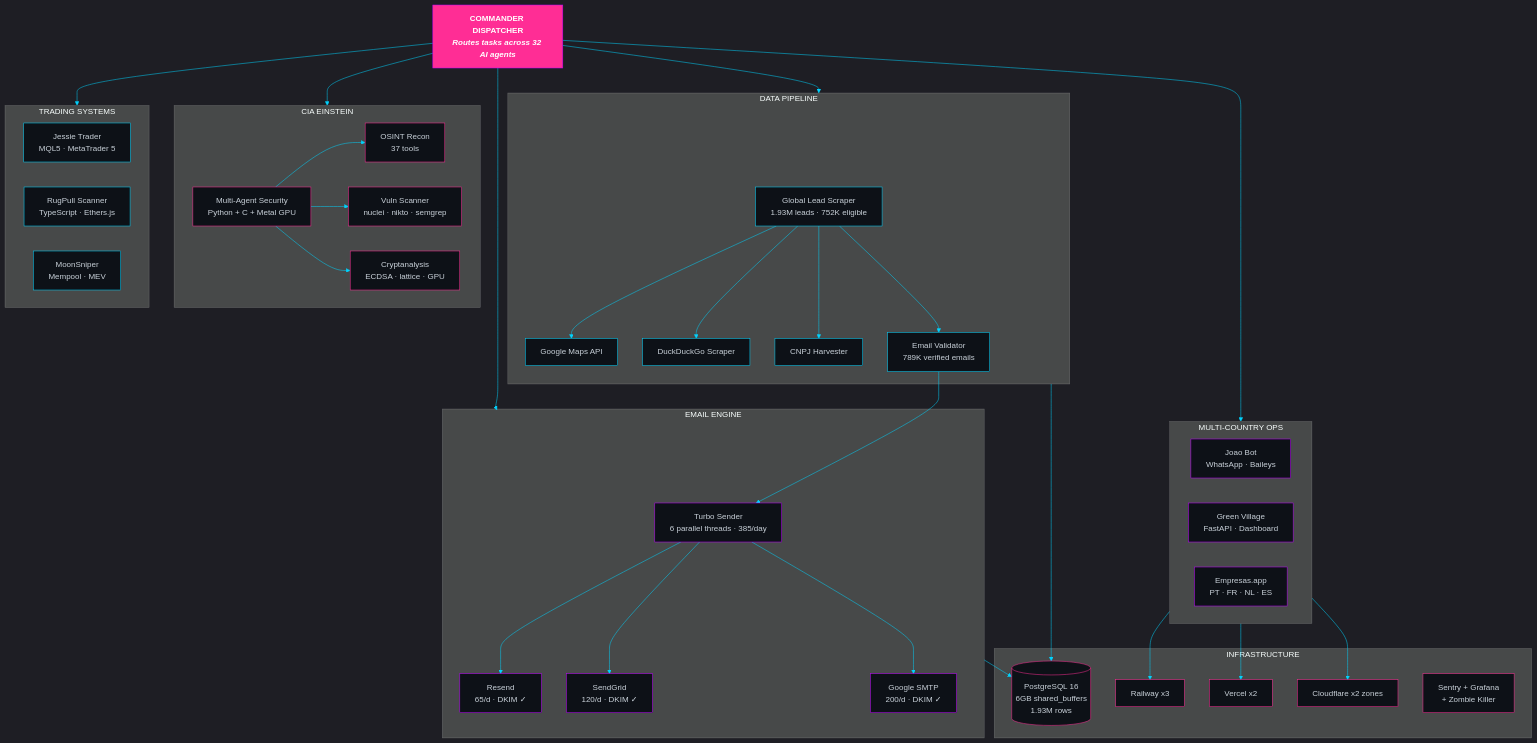
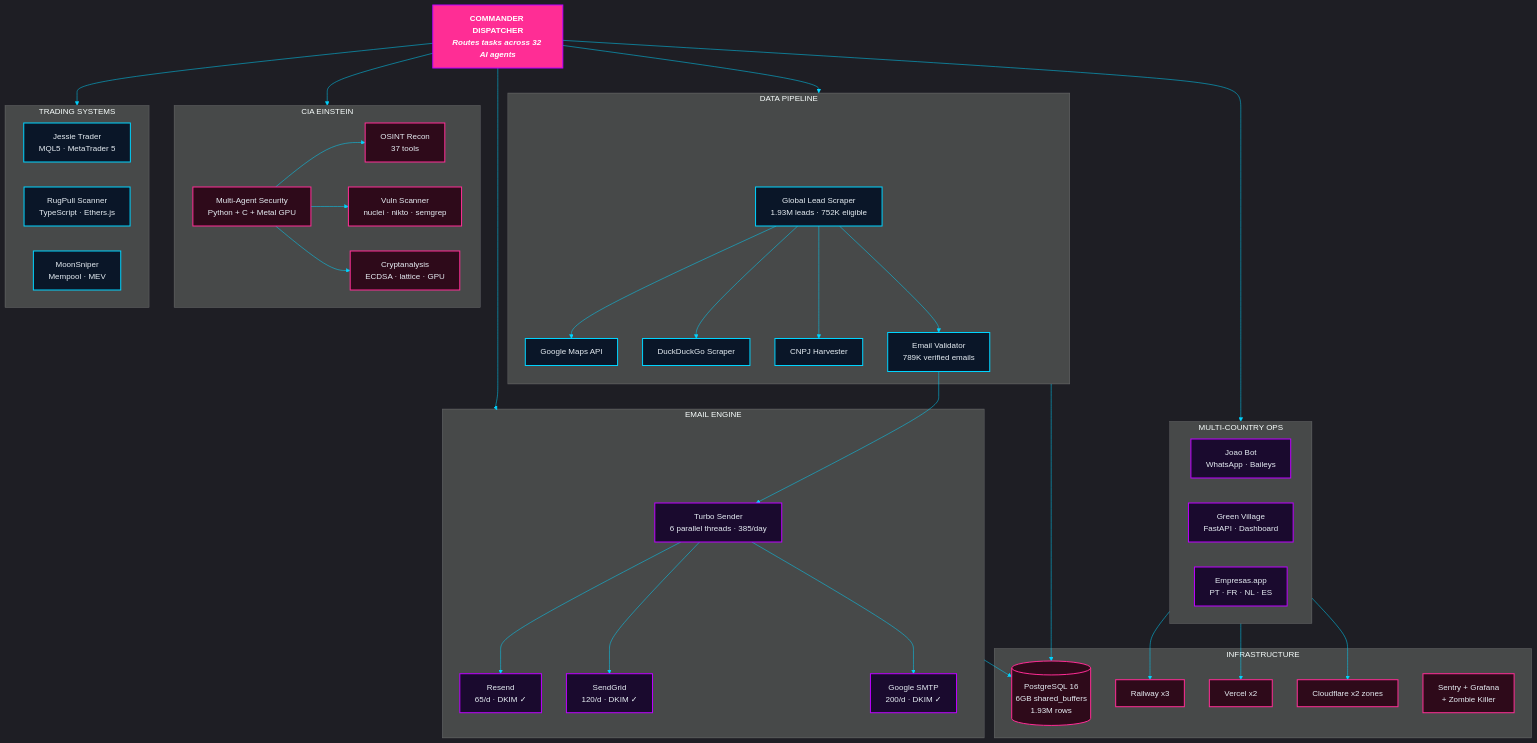
The first of 9 diagrams in README.md (MatheusAgueda/MatheusAgueda), drawn with Mermaid before and after one commit. The commit also changed other lines of this file, not shown here.

Commit message:
fix: improve Mermaid diagram visibility — neon-tinted fills replace invisible #0d1117

```diff
--- a/README.md
+++ b/README.md
@@ -257,13 +257,13 @@
     BIZ --> VC
     BIZ --> CF
 
-    classDef cmd fill:#FF2D95,stroke:#BD00FF,color:#fff,font-weight:bold
-    classDef pipeline fill:#0d1117,stroke:#00D4FF,color:#c9d1d9
-    classDef email fill:#0d1117,stroke:#BD00FF,color:#c9d1d9
-    classDef security fill:#0d1117,stroke:#FF2D95,color:#c9d1d9
-    classDef trading fill:#0d1117,stroke:#00D4FF,color:#c9d1d9
-    classDef business fill:#0d1117,stroke:#BD00FF,color:#c9d1d9
-    classDef infra fill:#0d1117,stroke:#FF2D95,color:#c9d1d9
+    classDef cmd fill:#FF2D95,stroke:#BD00FF,color:#fff,font-weight:bold,stroke-width:2px
+    classDef pipeline fill:#0a1628,stroke:#00D4FF,color:#e6edf3,stroke-width:2px
+    classDef email fill:#1a0a2e,stroke:#BD00FF,color:#e6edf3,stroke-width:2px
+    classDef security fill:#2e0a1a,stroke:#FF2D95,color:#e6edf3,stroke-width:2px
+    classDef trading fill:#0a1628,stroke:#00D4FF,color:#e6edf3,stroke-width:2px
+    classDef business fill:#1a0a2e,stroke:#BD00FF,color:#e6edf3,stroke-width:2px
+    classDef infra fill:#2e0a1a,stroke:#FF2D95,color:#e6edf3,stroke-width:2px
 
     class CMD cmd
     class GLS,MAPS,DDG,CNPJ,VALID pipeline
```
